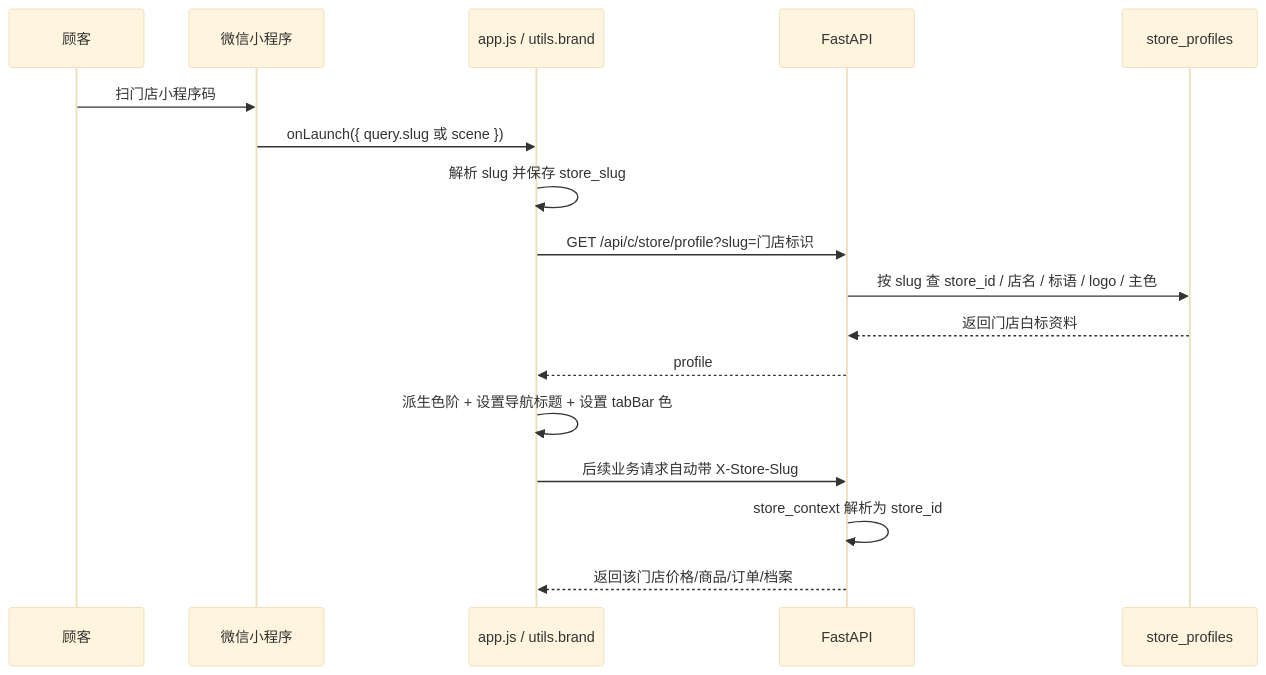
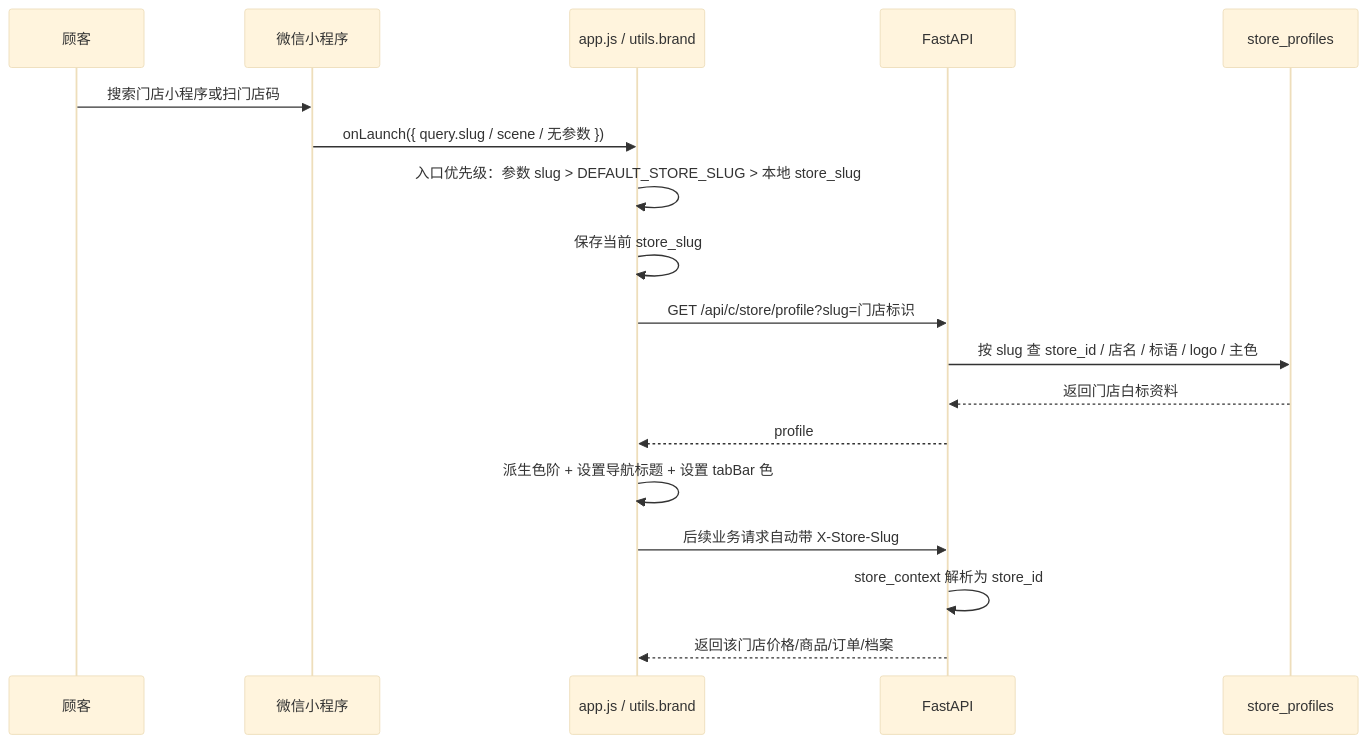
Diagram 24 of 26 in 03-技术文档/pet_xiaoman_业务流程图_v1.0.md (genapohub/pet-xiaoman), drawn with Mermaid (base theme) before and after one commit. The commit also changed other lines of this file and 20 other files, not shown here.

````diff
--- a/03-技术文档/pet_xiaoman_业务流程图_v1.0.md
+++ b/03-技术文档/pet_xiaoman_业务流程图_v1.0.md
@@ -745,20 +745,21 @@
 ```mermaid
 sequenceDiagram
     participant U as 顾客
     participant WX as 微信小程序
     participant Mini as app.js / utils.brand
     participant API as FastAPI
     participant DB as store_profiles
 
-    U->>WX: 扫门店小程序码
-    WX->>Mini: onLaunch({ query.slug 或 scene })
-    Mini->>Mini: 解析 slug 并保存 store_slug
+    U->>WX: 搜索门店小程序或扫门店码
+    WX->>Mini: onLaunch({ query.slug / scene / 无参数 })
+    Mini->>Mini: 入口优先级：参数 slug > DEFAULT_STORE_SLUG > 本地 store_slug
+    Mini->>Mini: 保存当前 store_slug
     Mini->>API: GET /api/c/store/profile?slug=门店标识
     API->>DB: 按 slug 查 store_id / 店名 / 标语 / logo / 主色
     DB-->>API: 返回门店白标资料
     API-->>Mini: profile
     Mini->>Mini: 派生色阶 + 设置导航标题 + 设置 tabBar 色
     Mini->>API: 后续业务请求自动带 X-Store-Slug
     API->>API: store_context 解析为 store_id
     API-->>Mini: 返回该门店价格/商品/订单/档案
 ```
````
